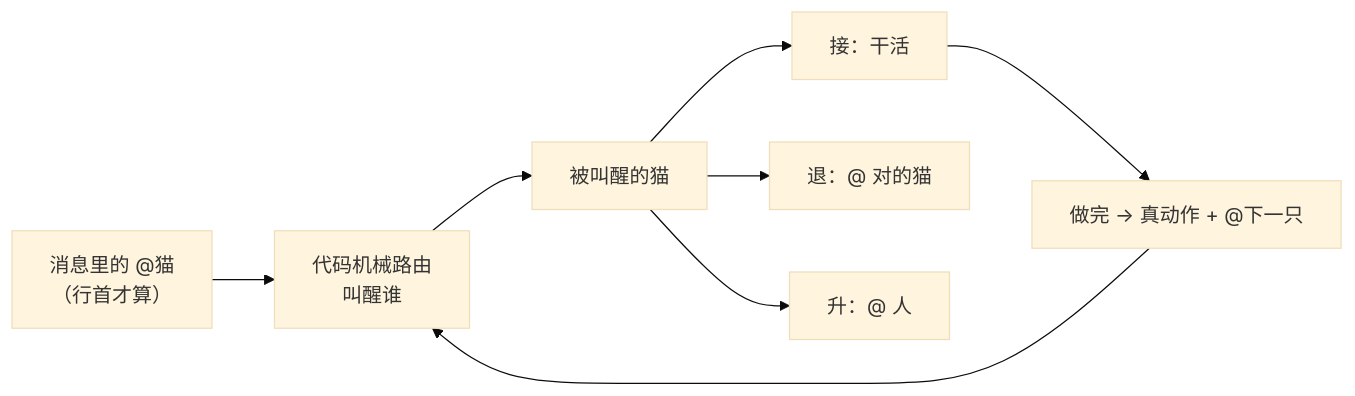
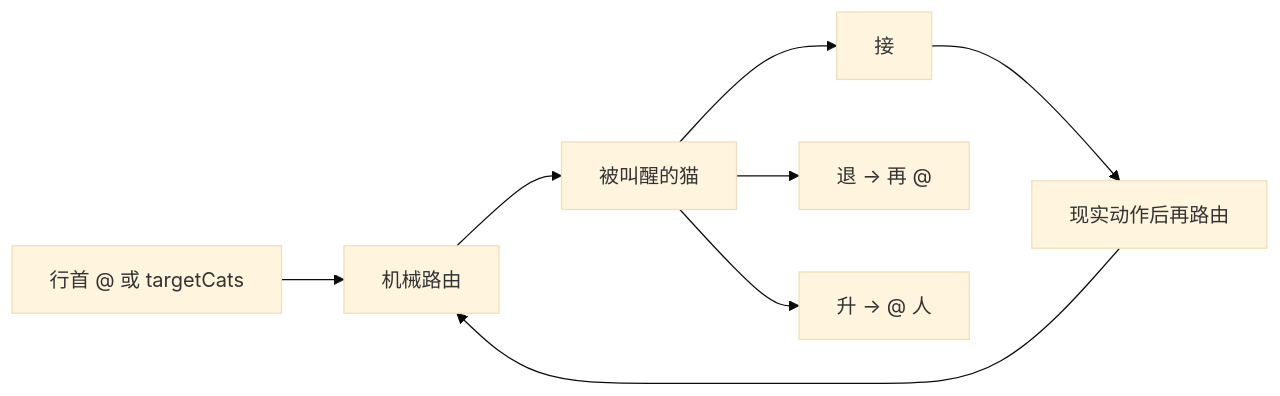
One commit to dragunOnCode/clowder-ai changed the second of 2 diagrams in docs/study/clowder-collab-map.md. Above: the diagram before and after it, drawn with Mermaid (base theme). The commit also changed other lines of this file, not shown here.

````diff
--- a/docs/study/clowder-collab-map.md
+++ b/docs/study/clowder-collab-map.md
@@ -115,10 +124,10 @@
 ```mermaid
 flowchart LR
-  Msg["消息里的 @猫<br/>（行首才算）"] --> Mech["代码机械路由<br/>叫醒谁"]
+  Msg["行首 @ 或 targetCats"] --> Mech["机械路由"]
   Mech --> Cat["被叫醒的猫"]
-  Cat --> Acc["接：干活"]
-  Cat --> Dec["退：@ 对的猫"]
-  Cat --> Esc["升：@ 人"]
-  Acc --> Real["做完 → 真动作 + @下一只"]
+  Cat --> Acc["接"]
+  Cat --> Dec["退 → 再 @"]
+  Cat --> Esc["升 → @ 人"]
+  Acc --> Real["现实动作后再路由"]
   Real --> Mech
 ```
````
